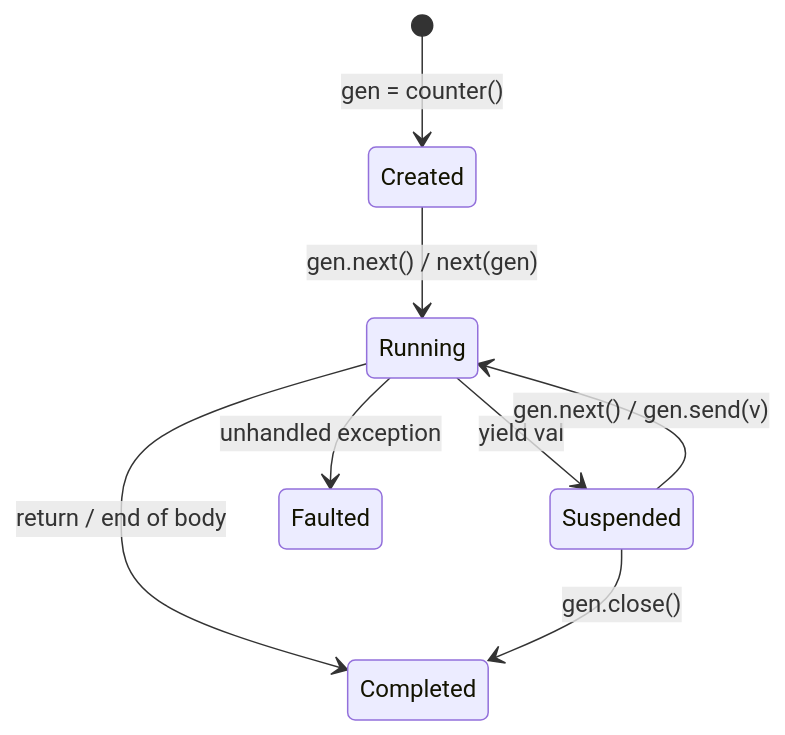
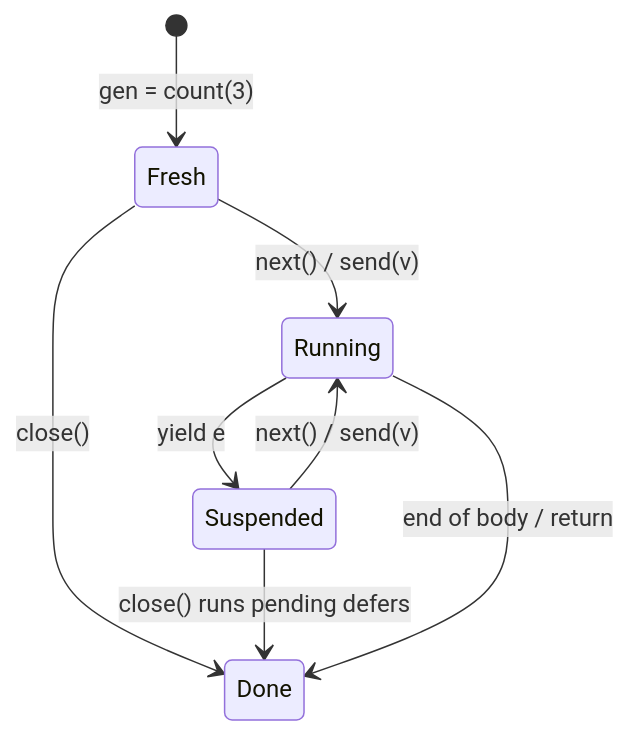
The diagram in docs/concepts/11-concurrency-generators-lazy.md (moonxbears/Pilot), drawn with Mermaid before and after one commit. The commit also changed other lines of this file and 73 other files, not shown here.

````diff
--- a/docs/concepts/11-concurrency-generators-lazy.md
+++ b/docs/concepts/11-concurrency-generators-lazy.md
@@ -81,10 +164,10 @@
 ```mermaid
 stateDiagram-v2
-    [*] --> Created : gen = counter()
-    Created --> Running : gen.next() / next(gen)
-    Running --> Suspended : yield val
-    Suspended --> Running : gen.next() / gen.send(v)
-    Running --> Completed : return / end of body
-    Suspended --> Completed : gen.close()
-    Running --> Faulted : unhandled exception
+    [*] --> Fresh : gen = count(3)
+    Fresh --> Running : next() / send(v)
+    Fresh --> Done : close()
+    Running --> Suspended : yield e
+    Suspended --> Running : next() / send(v)
+    Suspended --> Done : close() runs pending defers
+    Running --> Done : end of body / return
 ```
````
